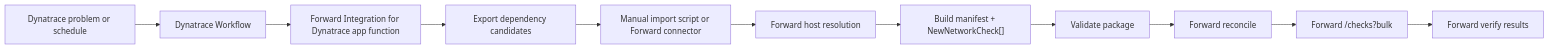
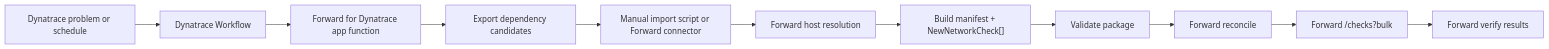
The diagram in docs/workflow.md (forwardnetworks/forward-dynatrace), drawn with Mermaid before and after one commit. The commit also changed other lines of this file and 55 other files, not shown here.

First line of the commit message:
feat(app)!: adopt Forward product identity

````diff
--- a/docs/workflow.md
+++ b/docs/workflow.md
@@ -24,13 +23,13 @@
 ```mermaid
 flowchart LR
     A["Dynatrace problem or schedule"] --> B["Dynatrace Workflow"]
-    B --> C["Forward Integration for Dynatrace app function"]
+    B --> C["Forward for Dynatrace app function"]
     C --> D["Export dependency candidates"]
     D --> E["Manual import script or Forward connector"]
     E --> F["Forward host resolution"]
     F --> G["Build manifest + NewNetworkCheck[]"]
     G --> H["Validate package"]
     H --> I["Forward reconcile"]
     I --> J["Forward /checks?bulk"]
     J --> K["Forward verify results"]
 ```
````
